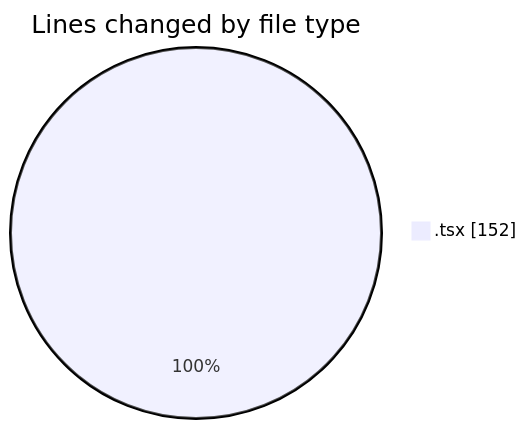
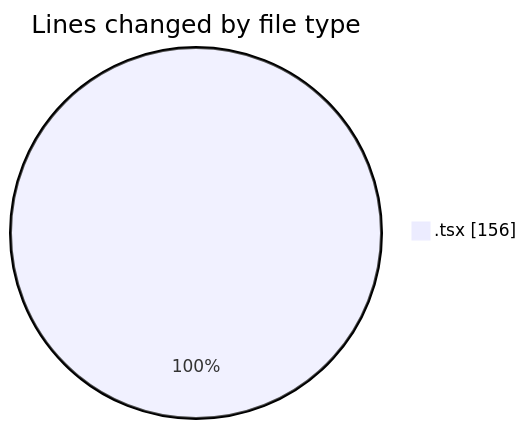
One commit to momahboobian/code-tracking changed the first of 2 diagrams in 2026-04-10/cda/README.md. Above: the diagram before and after it, drawn with Mermaid. The commit also changed other lines of this file and 1 other file, not shown here.

````diff
--- a/2026-04-10/cda/README.md
+++ b/2026-04-10/cda/README.md
@@ -20,5 +20,5 @@
 ```mermaid
 pie showData
 title Lines changed by file type
-".tsx" : 152
+".tsx" : 156
 ```
````
